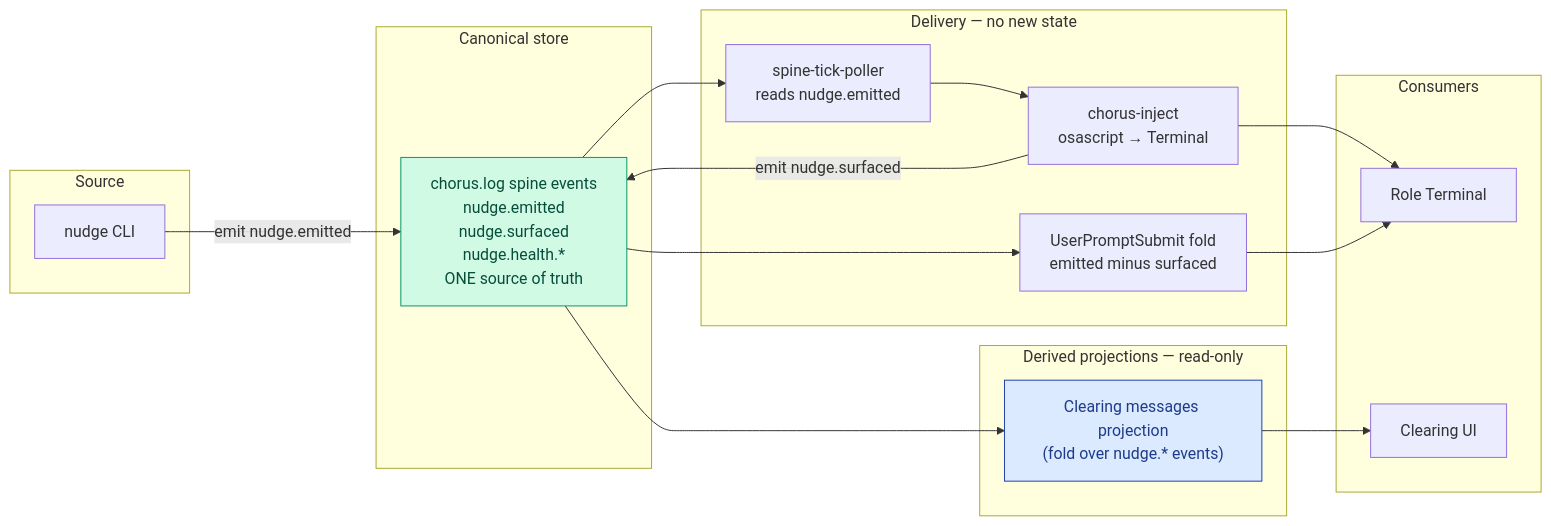
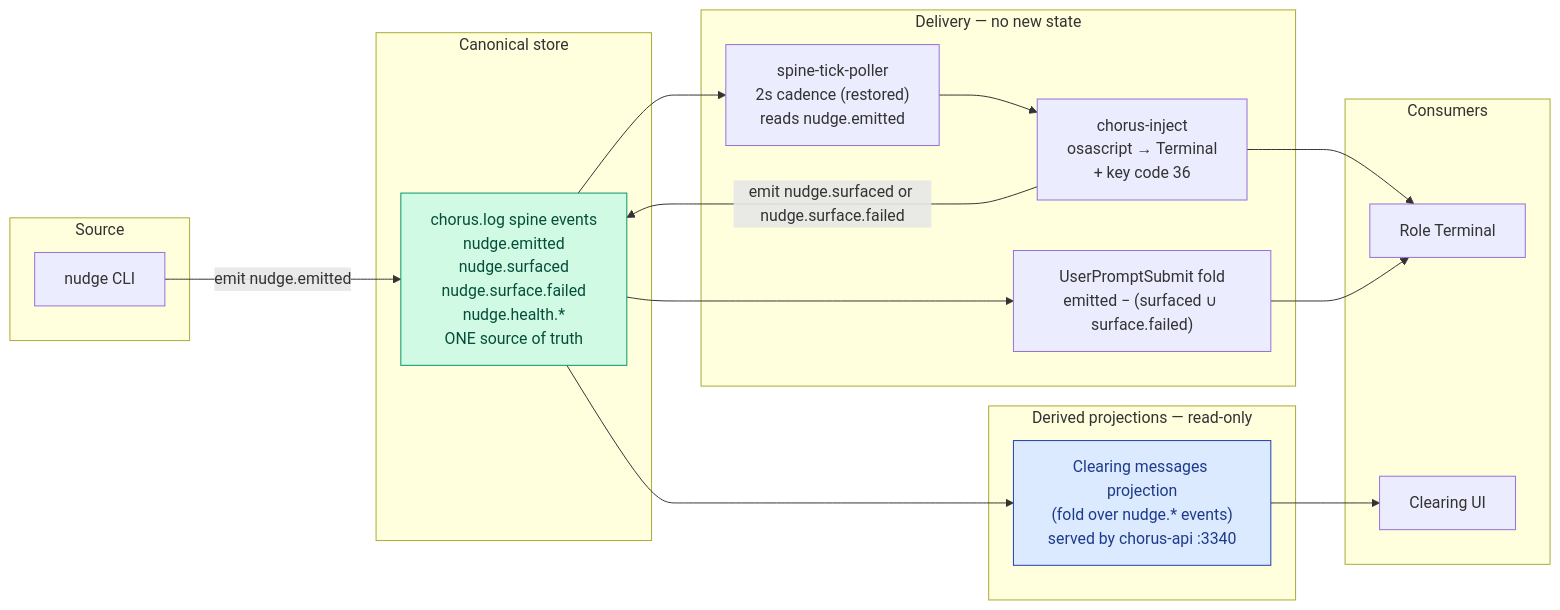
One commit to gathering-chorus/chorus changed the second of 2 diagrams in designing/docs/nudge-service-design.md. Above: the diagram before and after it, drawn with Mermaid. The commit also changed other lines of this file and 6 other files, not shown here.

````diff
--- a/designing/docs/nudge-service-design.md
+++ b/designing/docs/nudge-service-design.md
@@ -62,40 +73,40 @@
 ```mermaid
 flowchart LR
   subgraph P["Source"]
     CLI["nudge CLI"]
   end
 
   subgraph CAN["Canonical store"]
-    SPN["chorus.log spine events<br/>nudge.emitted<br/>nudge.surfaced<br/>nudge.health.*<br/>ONE source of truth"]
+    SPN["chorus.log spine events<br/>nudge.emitted<br/>nudge.surfaced<br/>nudge.surface.failed<br/>nudge.health.*<br/>ONE source of truth"]
   end
 
   subgraph DEL["Delivery — no new state"]
-    POLL["spine-tick-poller<br/>reads nudge.emitted"]
-    INJ["chorus-inject<br/>osascript → Terminal"]
-    CHK["UserPromptSubmit fold<br/>emitted minus surfaced"]
+    POLL["spine-tick-poller<br/>2s cadence (restored)<br/>reads nudge.emitted"]
+    INJ["chorus-inject<br/>osascript → Terminal<br/>+ key code 36"]
+    CHK["UserPromptSubmit fold<br/>emitted − (surfaced ∪ surface.failed)"]
   end
 
   subgraph DER["Derived projections — read-only"]
-    CLPROJ["Clearing messages projection<br/>(fold over nudge.* events)"]
+    CLPROJ["Clearing messages projection<br/>(fold over nudge.* events)<br/>served by chorus-api :3340"]
   end
 
   subgraph CONS["Consumers"]
     TERM["Role Terminal"]
     CLUI["Clearing UI"]
   end
 
   CLI -- "emit nudge.emitted" --> SPN
   SPN --> POLL
   POLL --> INJ
   INJ --> TERM
-  INJ -- "emit nudge.surfaced" --> SPN
+  INJ -- "emit nudge.surfaced or nudge.surface.failed" --> SPN
   SPN --> CHK
   CHK --> TERM
   SPN --> CLPROJ
   CLPROJ --> CLUI
 
   classDef canon fill:#d1fae5,stroke:#059669,color:#064e3b
   classDef derived fill:#dbeafe,stroke:#1e40af,color:#1e3a8a
   class SPN canon
   class CLPROJ derived
 ```
````
